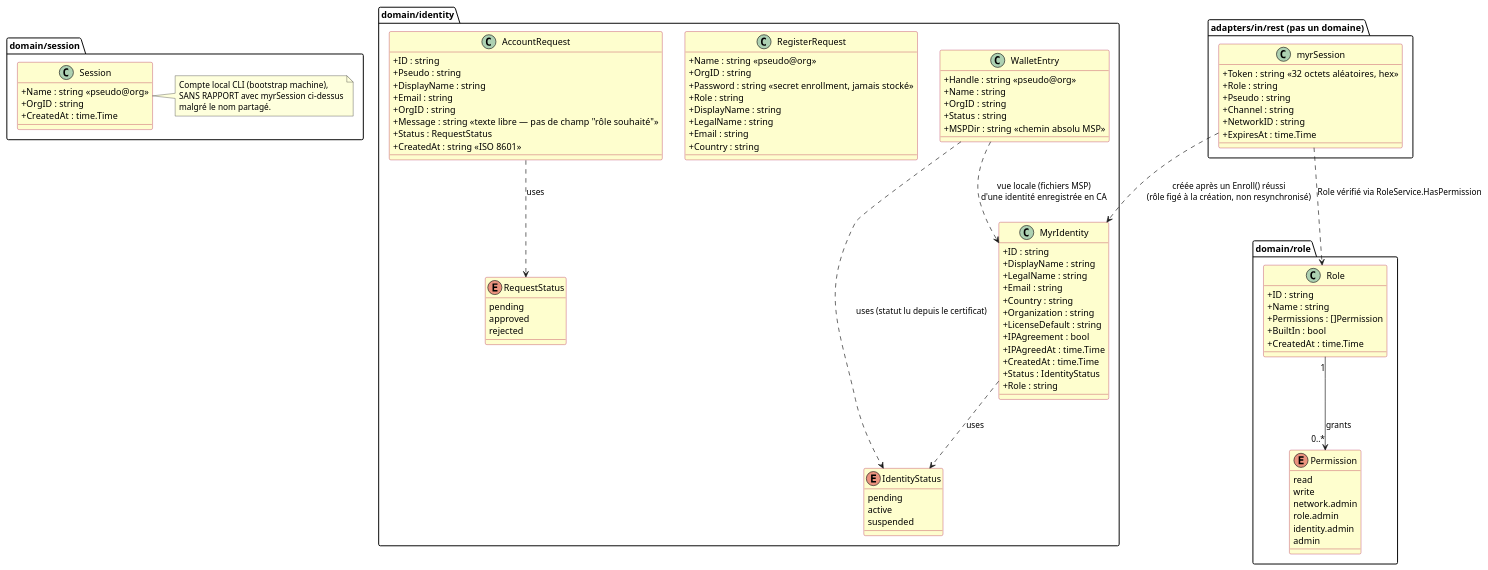
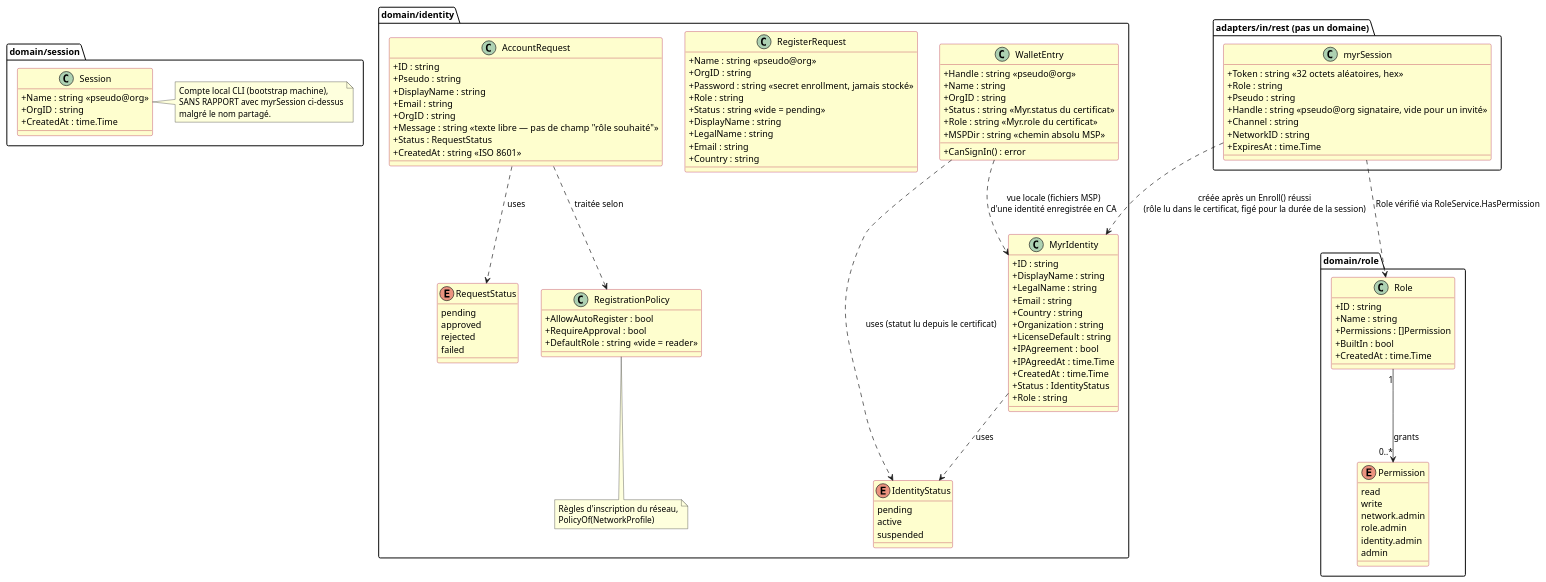
One commit to myr-forge/myr-core changed the first of 6 diagrams in specs/3-Conception/DC_D1_Auth_Identity.md. Above: the diagram before and after it, drawn with PlantUML. The commit also changed other lines of this file and 28 other files, not shown here.

First line of the commit message:
feat(identity): read role and status from the certificate, apply network registration rules

```diff
--- a/specs/3-Conception/DC_D1_Auth_Identity.md
+++ b/specs/3-Conception/DC_D1_Auth_Identity.md
@@ -56,8 +56,10 @@
     + Handle : string <<pseudo@org>>
     + Name : string
     + OrgID : string
-    + Status : string
+    + Status : string <<Myr.status du certificat>>
+    + Role : string <<Myr.role du certificat>>
     + MSPDir : string <<chemin absolu MSP>>
+    + CanSignIn() : error
   }
 
   class RegisterRequest {
@@ -65,6 +67,7 @@
     + OrgID : string
     + Password : string <<secret enrollment, jamais stocké>>
     + Role : string
+    + Status : string <<vide = pending>>
     + DisplayName : string
     + LegalName : string
     + Email : string
@@ -86,11 +89,23 @@
     pending
     approved
     rejected
+    failed
   }
+
+  class RegistrationPolicy {
+    + AllowAutoRegister : bool
+    + RequireApproval : bool
+    + DefaultRole : string <<vide = reader>>
+  }
+  note bottom of RegistrationPolicy
+    Règles d'inscription du réseau,
+    PolicyOf(NetworkProfile)
+  end note
 
   MyrIdentity ..> IdentityStatus : uses
   WalletEntry ..> IdentityStatus : uses (statut lu depuis le certificat)
   AccountRequest ..> RequestStatus : uses
+  AccountRequest ..> RegistrationPolicy : traitée selon
 }
 
 package "domain/role" {
@@ -121,6 +136,7 @@
     + Token : string <<32 octets aléatoires, hex>>
     + Role : string
     + Pseudo : string
+    + Handle : string <<pseudo@org signataire, vide pour un invité>>
     + Channel : string
     + NetworkID : string
     + ExpiresAt : time.Time
@@ -143,7 +159,7 @@
 
 ' Relations inter-domaines
 WalletEntry ..> MyrIdentity : vue locale (fichiers MSP)\nd'une identité enregistrée en CA
-myrSession ..> MyrIdentity : créée après un Enroll() réussi\n(rôle figé à la création, non resynchronisé)
+myrSession ..> MyrIdentity : créée après un Enroll() réussi\n(rôle lu dans le certificat, figé pour la durée de la session)
 myrSession ..> Role : Role vérifié via RoleService.HasPermission
 
 @enduml
```
